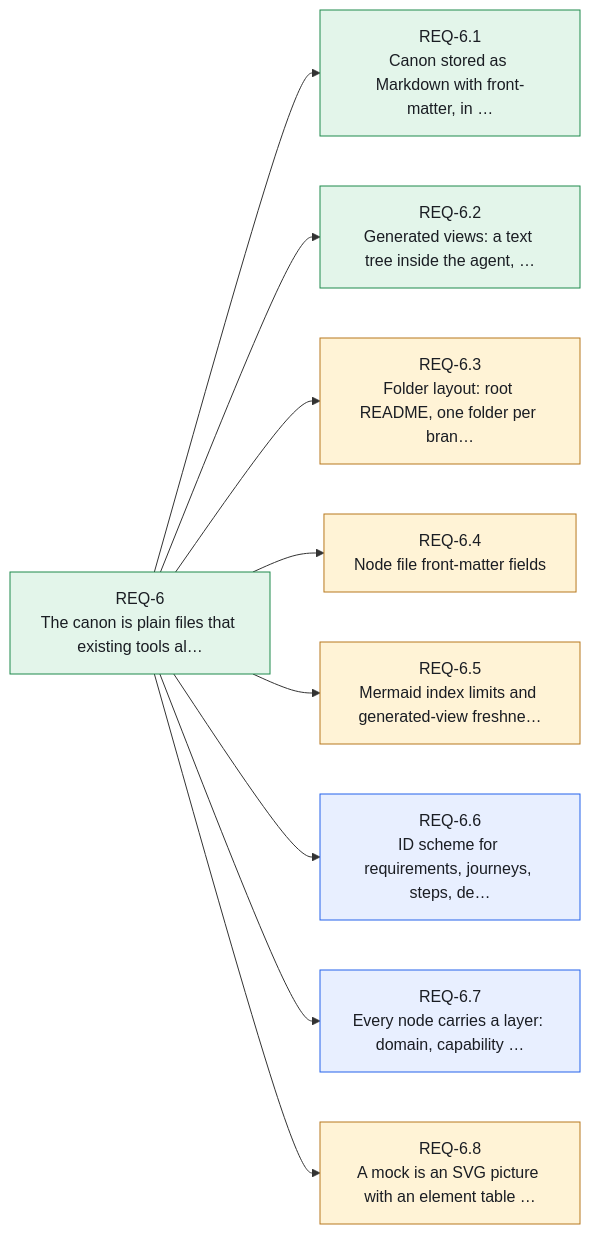
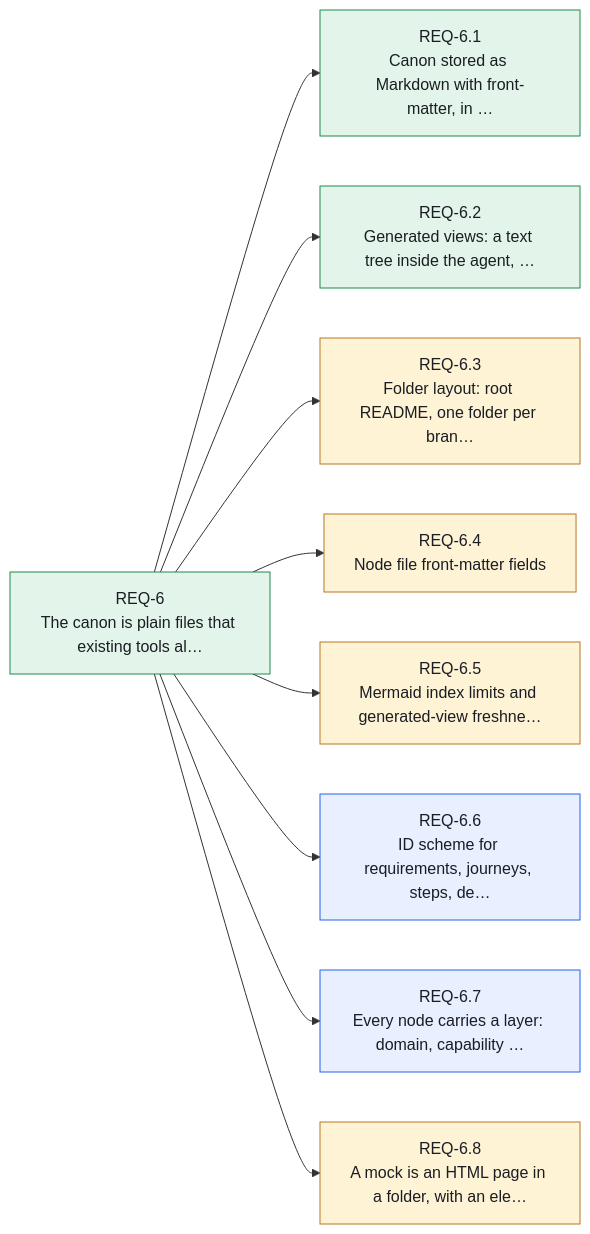
Before and after one commit to Althis/headcanon: the seventh of 14 diagrams in canon/INDEX.md, drawn with Mermaid. The commit also changed other lines of this file and 14 other files, not shown here.

````diff
--- a/canon/INDEX.md
+++ b/canon/INDEX.md
@@ -377,25 +377,25 @@
 ```mermaid
 flowchart LR
     REQ_6["REQ-6<br/>The canon is plain files that existing tools al…"]:::stated
     REQ_6_1["REQ-6.1<br/>Canon stored as Markdown with front-matter, in …"]:::stated
     REQ_6_2["REQ-6.2<br/>Generated views: a text tree inside the agent, …"]:::stated
     REQ_6_3["REQ-6.3<br/>Folder layout: root README, one folder per bran…"]:::assumed
     REQ_6_4["REQ-6.4<br/>Node file front-matter fields"]:::assumed
     REQ_6_5["REQ-6.5<br/>Mermaid index limits and generated-view freshne…"]:::assumed
     REQ_6_6["REQ-6.6<br/>ID scheme for requirements, journeys, steps, de…"]:::resolved
     REQ_6_7["REQ-6.7<br/>Every node carries a layer: domain, capability …"]:::resolved
-    REQ_6_8["REQ-6.8<br/>A mock is an SVG picture with an element table …"]:::assumed
+    REQ_6_8["REQ-6.8<br/>A mock is an HTML page in a folder, with an ele…"]:::assumed
     REQ_6 --> REQ_6_1
     REQ_6 --> REQ_6_2
     REQ_6 --> REQ_6_3
     REQ_6 --> REQ_6_4
     REQ_6 --> REQ_6_5
     REQ_6 --> REQ_6_6
     REQ_6 --> REQ_6_7
     REQ_6 --> REQ_6_8
     classDef stated fill:#e3f5ea,stroke:#1f8a4c,color:#1a1d23
     classDef resolved fill:#e8efff,stroke:#2563eb,color:#1a1d23
     classDef assumed fill:#fff3d6,stroke:#b7791f,color:#1a1d23
     classDef open fill:#ece9fb,stroke:#6b5bd2,color:#1a1d23
     classDef contested fill:#fde7e8,stroke:#d13438,color:#1a1d23
 ```
````
